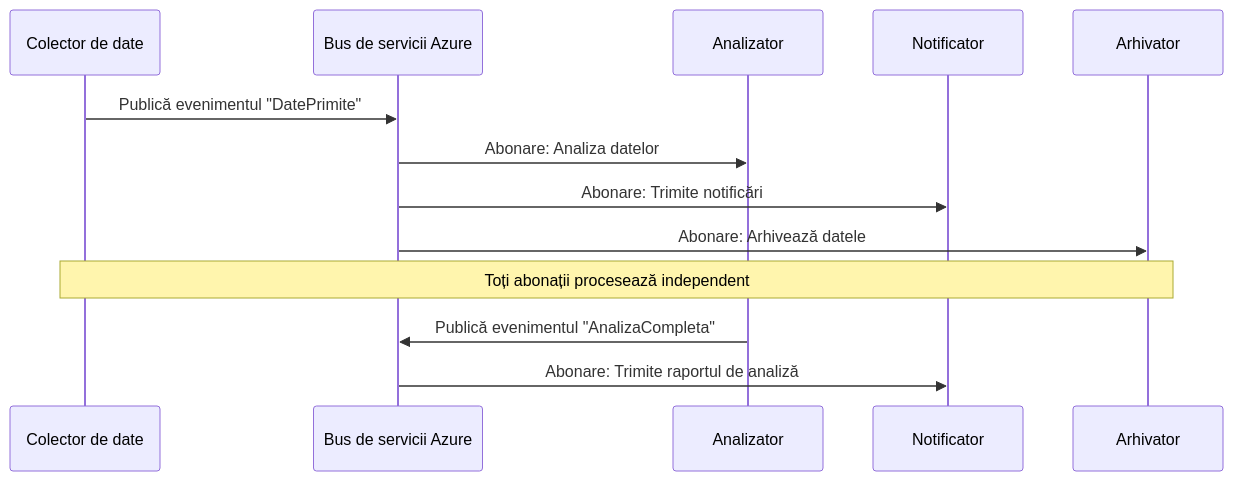
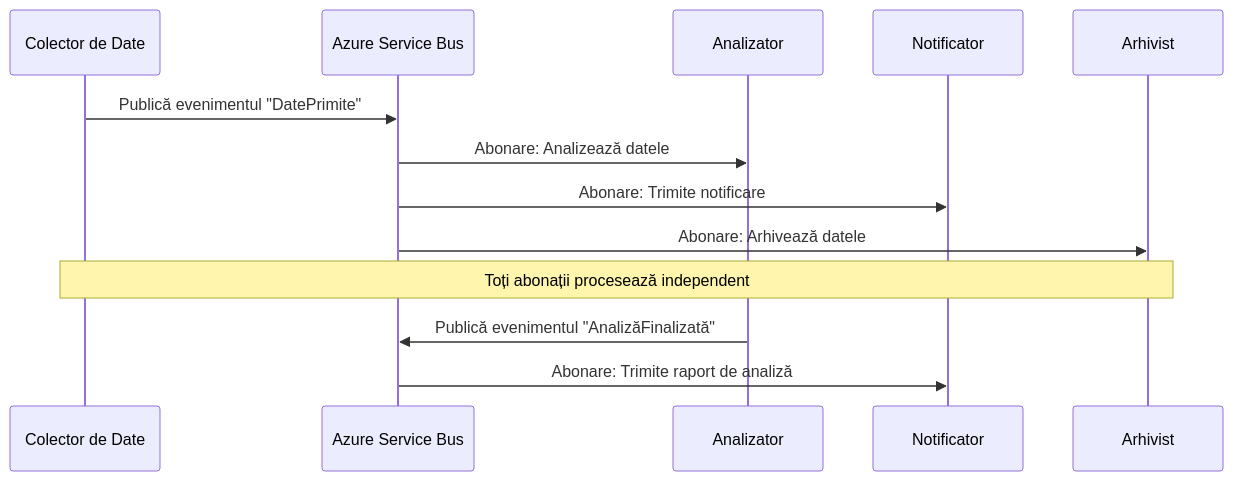
The fourth of 6 diagrams in translations/ro/docs/chapter-06-pre-deployment/coordination-patterns.md (microsoft/AZD-for-beginners), drawn with Mermaid before and after one commit. The commit also changed other lines of this file and 101 other files, not shown here.

````diff
--- a/translations/ro/docs/chapter-06-pre-deployment/coordination-patterns.md
+++ b/translations/ro/docs/chapter-06-pre-deployment/coordination-patterns.md
@@ -191,18 +185,18 @@
 ```mermaid
 sequenceDiagram
-    participant Agent1 as Colector de date
-    participant EventBus as Bus de servicii Azure
+    participant Agent1 as Colector de Date
+    participant EventBus as Azure Service Bus
     participant Agent2 as Analizator
     participant Agent3 as Notificator
-    participant Agent4 as Arhivator
+    participant Agent4 as Arhivist
     
     Agent1->>EventBus: Publică evenimentul "DatePrimite"
-    EventBus->>Agent2: Abonare: Analiza datelor
-    EventBus->>Agent3: Abonare: Trimite notificări
+    EventBus->>Agent2: Abonare: Analizează datele
+    EventBus->>Agent3: Abonare: Trimite notificare
     EventBus->>Agent4: Abonare: Arhivează datele
     
     Note over Agent1,Agent4: Toți abonații procesează independent
     
-    Agent2->>EventBus: Publică evenimentul "AnalizaCompleta"
-    EventBus->>Agent3: Abonare: Trimite raportul de analiză
+    Agent2->>EventBus: Publică evenimentul "AnalizăFinalizată"
+    EventBus->>Agent3: Abonare: Trimite raport de analiză
 ```
````
